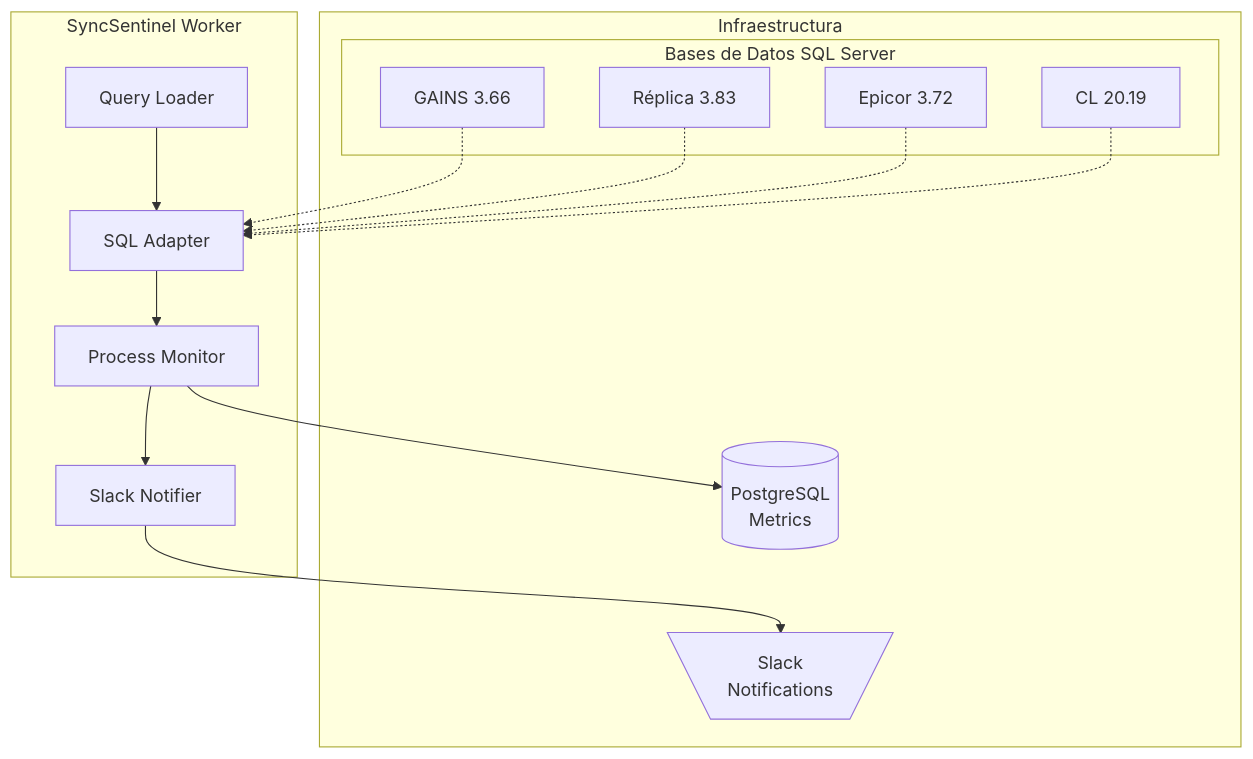
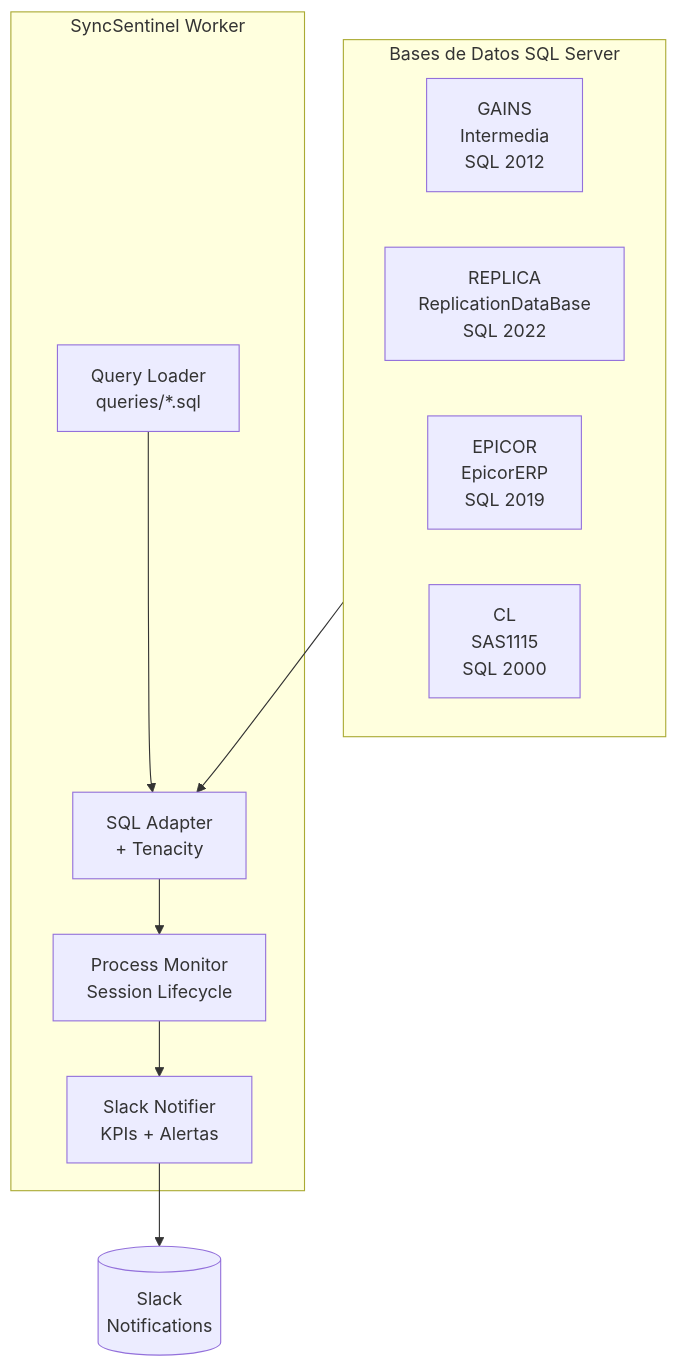
The first of 3 diagrams in README.md (SopHardware/MonitorCL), drawn with Mermaid before and after one commit. The commit also changed other lines of this file, not shown here.

Commit message:
README.md actualizado: Session Lifecycle, Resiliencia, KPIs, Alertas, Bases de datos

````diff
--- a/README.md
+++ b/README.md
@@ -7,33 +18,22 @@
 ```mermaid
 flowchart TB
-    subgraph AWS["Infraestructura"]
-        subgraph SQL["Bases de Datos SQL Server"]
-            GAINS[GAINS 3.66]
-            REPLICA[Réplica 3.83]
-            EPICOR[Epicor 3.72]
-            CL[CL 20.19]
-        end
-        
-        POSTGRES[(PostgreSQL<br/>Metrics)]
-        SLACK[\"Slack<br/>Notifications"/]
+    subgraph SQLServer["Bases de Datos SQL Server"]
+        GAINS[GAINS<br/>Intermedia<br/>SQL 2012]
+        REPLICA[REPLICA<br/>ReplicationDataBase<br/>SQL 2022]
+        EPICOR[EPICOR<br/>EpicorERP<br/>SQL 2019]
+        CL[CL<br/>SAS1115<br/>SQL 2000]
     end
     
     subgraph Worker["SyncSentinel Worker"]
-        LOADER["Query Loader"]
-        ADAPTER[SQL Adapter]
-        PROCESS[Process Monitor]
-        NOTIFIER[Slack Notifier]
+        LOADER["Query Loader<br/>queries/*.sql"]
+        ADAPTER["SQL Adapter<br/>+ Tenacity"]
+        PROCESS["Process Monitor<br/>Session Lifecycle"]
+        NOTIFIER["Slack Notifier<br/>KPIs + Alertas"]
     end
     
-    GAINS -.-> ADAPTER
-    REPLICA -.-> ADAPTER
-    EPICOR -.-> ADAPTER
-    CL -.-> ADAPTER
-    
+    SQLServer --> ADAPTER
     ADAPTER --> PROCESS
-    PROCESS --> POSTGRES
     PROCESS --> NOTIFIER
-    NOTIFIER --> SLACK
-    
+    NOTIFIER --> SLACK[("Slack<br/>Notifications")]
     LOADER --> ADAPTER
 ```
````
